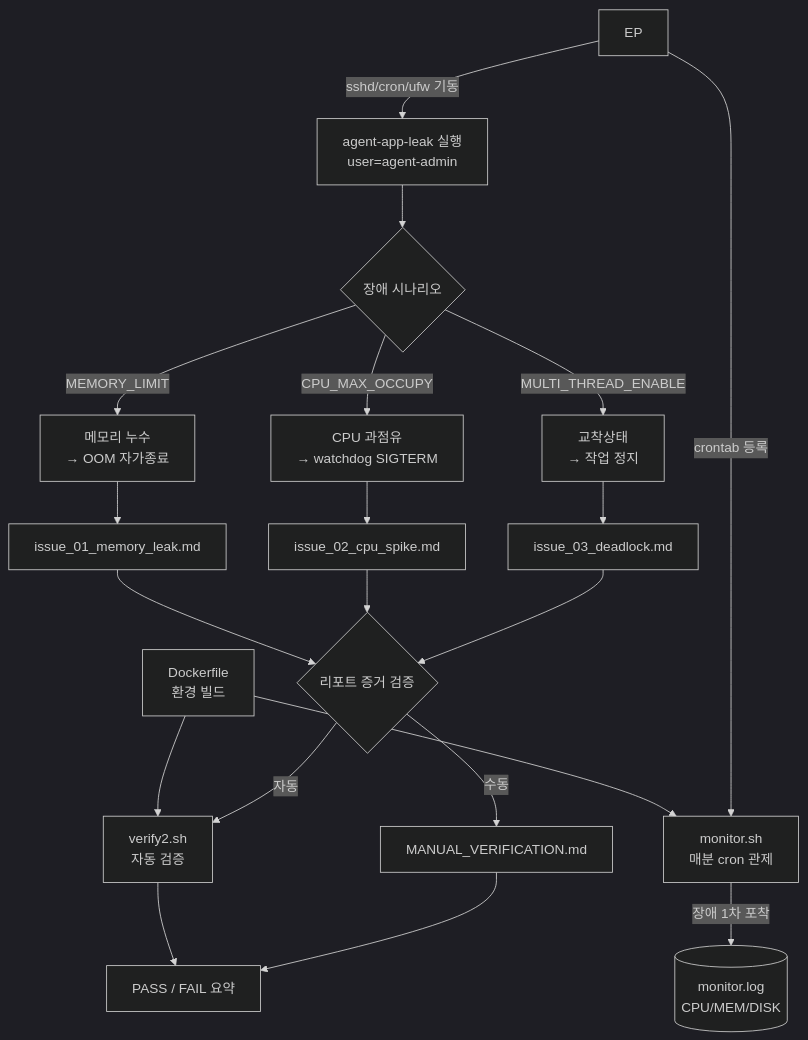
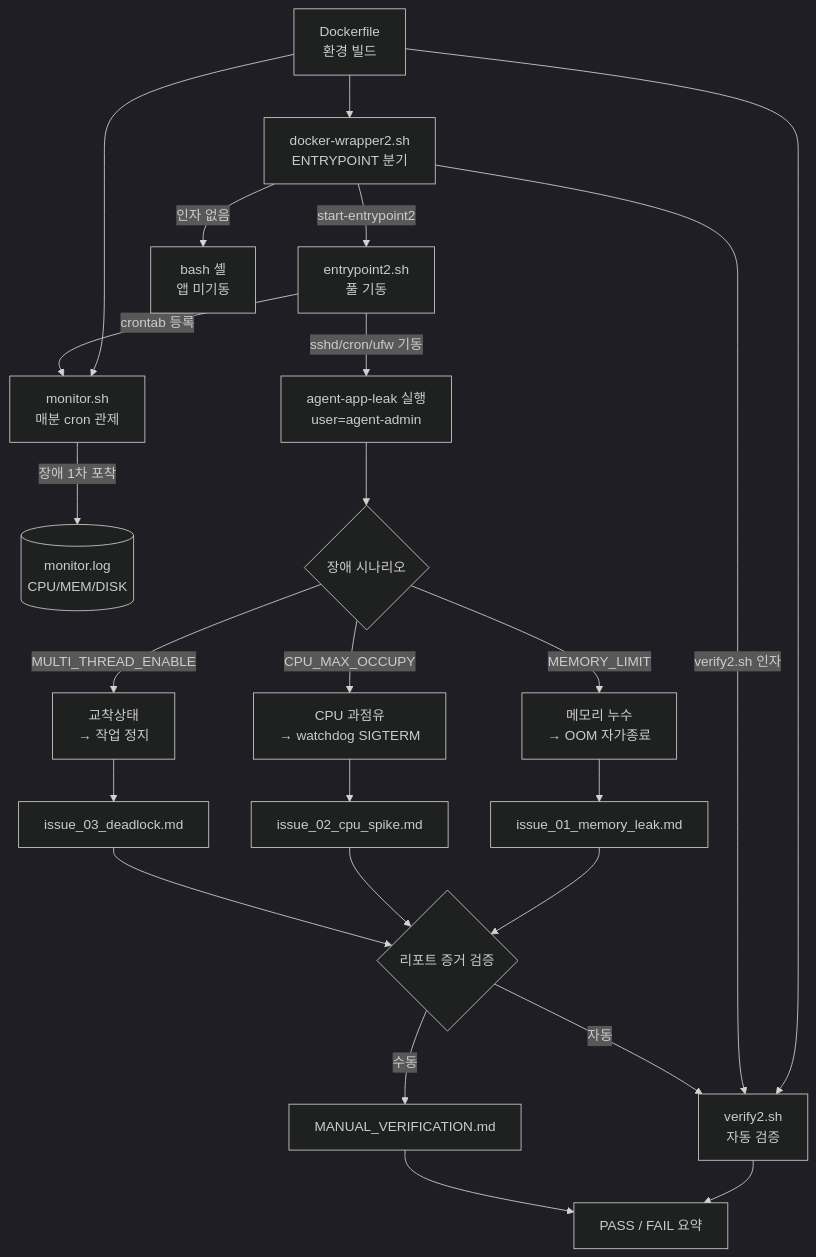
The first of 2 diagrams in architecture.md (kjs83036/AI-SW-Basic-B1-2), drawn with Mermaid (dark theme) before and after one commit.

````diff
--- a/architecture.md
+++ b/architecture.md
@@ -5,25 +5,29 @@
 ```mermaid
 flowchart TD
-    DF[Dockerfile<br/>환경 빌드]
+    DF[Dockerfile<br/>환경 빌드] --> WRAP[docker-wrapper2.sh<br/>ENTRYPOINT 분기]
     DF --> MON[monitor.sh<br/>매분 cron 관제]
     DF --> VS[verify2.sh<br/>자동 검증]
+
+    WRAP -->|start-entrypoint2| EP[entrypoint2.sh<br/>풀 기동]
+    WRAP -->|verify2.sh 인자| VS
+    WRAP -->|인자 없음| SH[bash 셸<br/>앱 미기동]
 
     EP -->|sshd/cron/ufw 기동| RUN[agent-app-leak 실행<br/>user=agent-admin]
     EP -->|crontab 등록| MON
     MON -->|장애 1차 포착| LOG[(monitor.log<br/>CPU/MEM/DISK)]
 
     RUN --> SC{장애 시나리오}
     SC -->|MEMORY_LIMIT| M1[메모리 누수<br/>→ OOM 자가종료]
     SC -->|CPU_MAX_OCCUPY| M2[CPU 과점유<br/>→ watchdog SIGTERM]
     SC -->|MULTI_THREAD_ENABLE| M3[교착상태<br/>→ 작업 정지]
 
     M1 --> R1[issue_01_memory_leak.md]
     M2 --> R2[issue_02_cpu_spike.md]
     M3 --> R3[issue_03_deadlock.md]
 
     R1 & R2 & R3 --> V{리포트 증거 검증}
     V -->|자동| VS
     V -->|수동| MV[MANUAL_VERIFICATION.md]
     VS --> RESULT[PASS / FAIL 요약]
     MV --> RESULT
 ```
````
